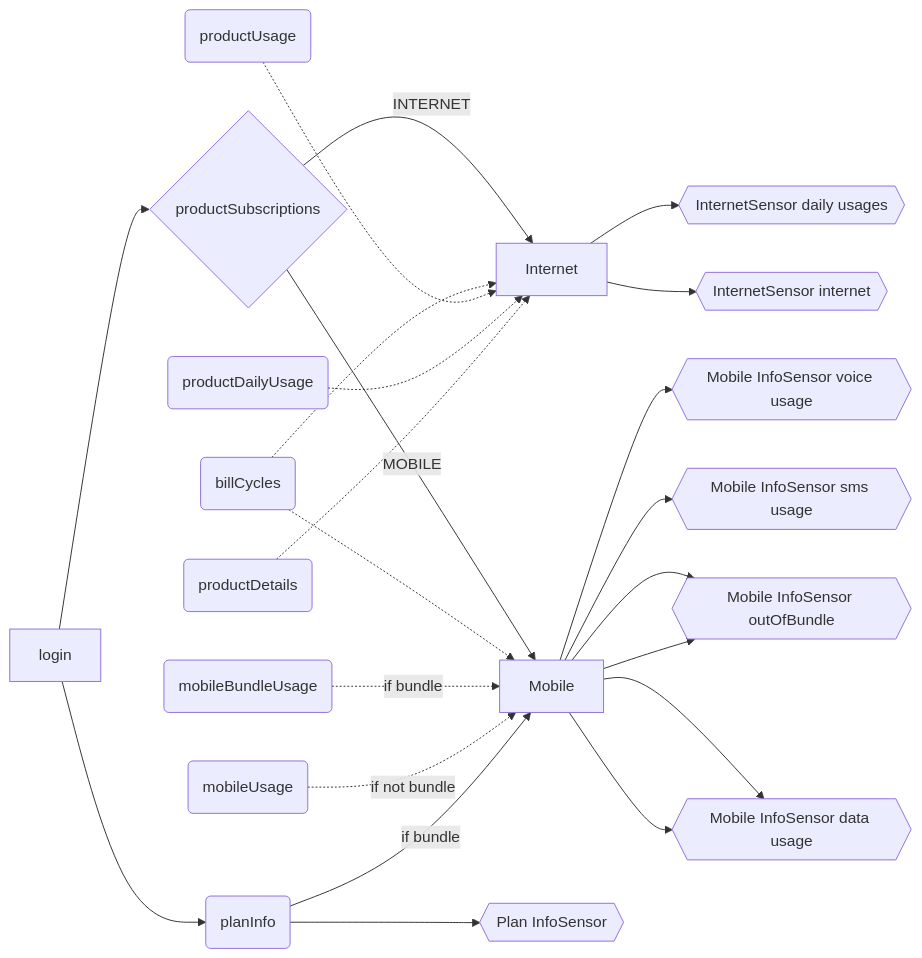
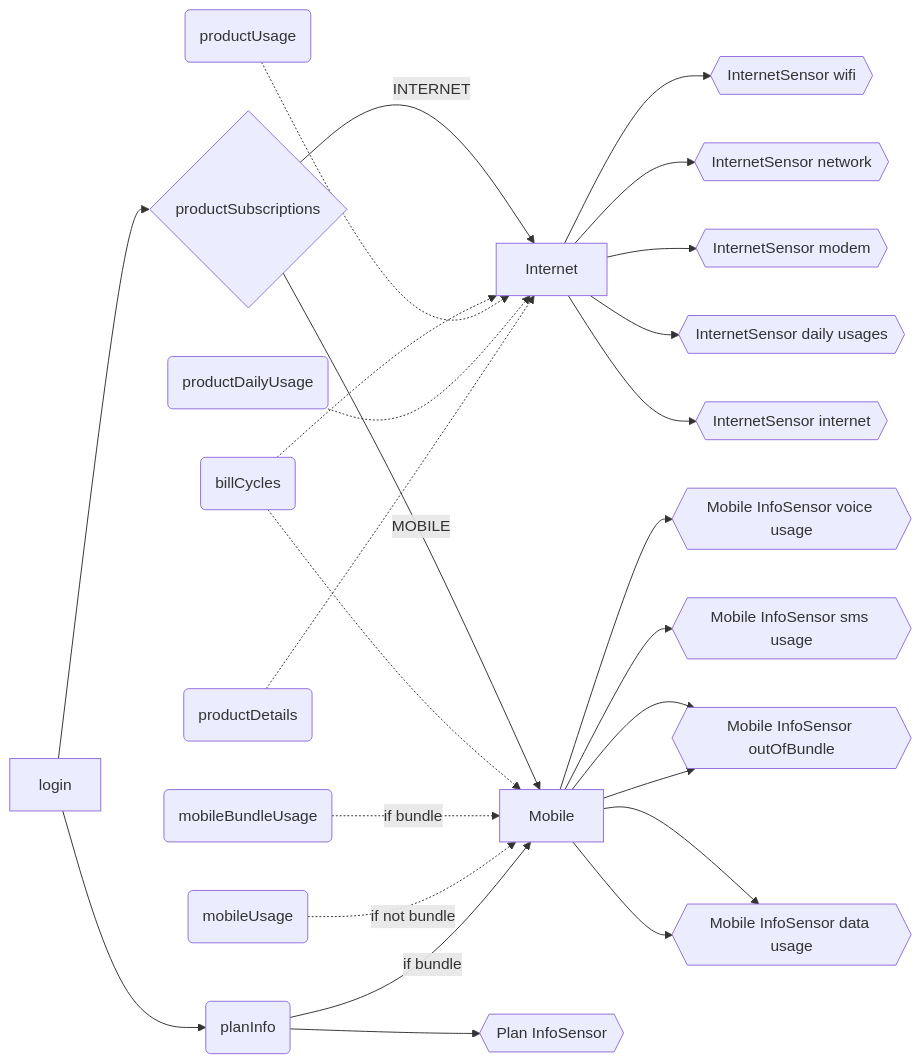
The diagram in README.md (geertmeersman/telenet), drawn with Mermaid before and after one commit. The commit also changed other lines of this file and 5 other files, not shown here.

````diff
--- a/README.md
+++ b/README.md
@@ -19,34 +91,37 @@
 ```mermaid
 flowchart LR
     planInfo(planInfo)
     productUsage(productUsage)
     productDailyUsage(productDailyUsage)
     productSubscriptions{productSubscriptions}
     productDetails(productDetails)
     mobileBundleUsage(mobileBundleUsage)
     mobileUsage(mobileUsage)
     Mobile
     Internet
     login --> planInfo
     login --> productSubscriptions
     productSubscriptions --> |INTERNET| Internet
     productSubscriptions --> |MOBILE| Mobile
     billCycles(billCycles)
     billCycles -.-> Internet
     billCycles -.-> Mobile
     productUsage -.-> Internet
     productDailyUsage -.-> Internet
     productDetails -.-> Internet
     mobileBundleUsage -.-> |if bundle| Mobile
     mobileUsage -.-> |if not bundle| Mobile
     planInfo --> |if bundle| Mobile
     Internet --> InternetSensor{{InternetSensor internet}}
     Internet --> InternetSensorDU{{InternetSensor daily usages}}
+    Internet --> InternetSensorModem{{InternetSensor modem}}
+    Internet --> InternetSensorNetwork{{InternetSensor network}}
+    Internet --> InternetSensorWifi{{InternetSensor wifi}}
     planInfo --> PlanInfoSensor{{Plan InfoSensor}}
     Mobile --> MobileInfoSensor_outOfBundle{{Mobile InfoSensor outOfBundle}}
     Mobile --> MobileInfoSensor_DataUsage{{Mobile InfoSensor data usage}}
     Mobile --> MobileInfoSensor_DataUsage{{Mobile InfoSensor data usage}}
     Mobile --> MobileInfoSensor_sms{{Mobile InfoSensor sms usage}}
     Mobile --> MobileInfoSensor_voice{{Mobile InfoSensor voice usage}}
     Mobile --> MobileInfoSensor_outOfBundle{{Mobile InfoSensor outOfBundle}}
 ```
````
